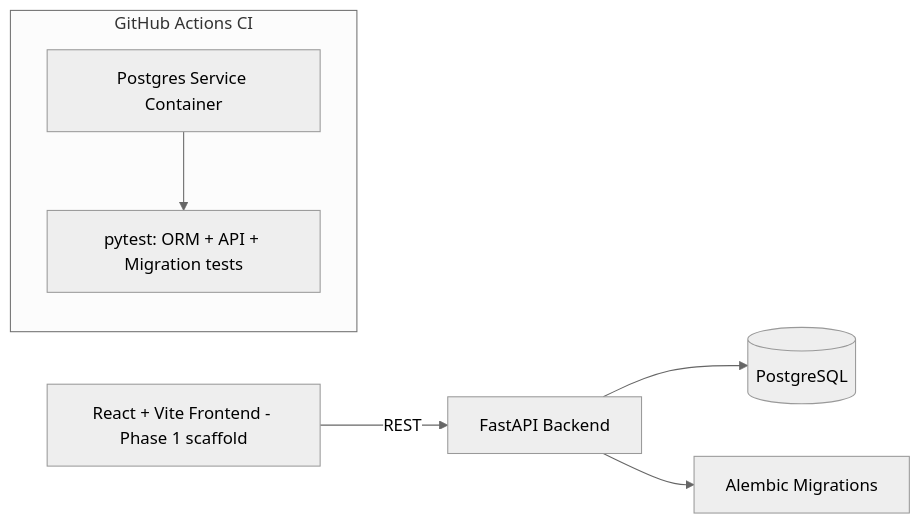
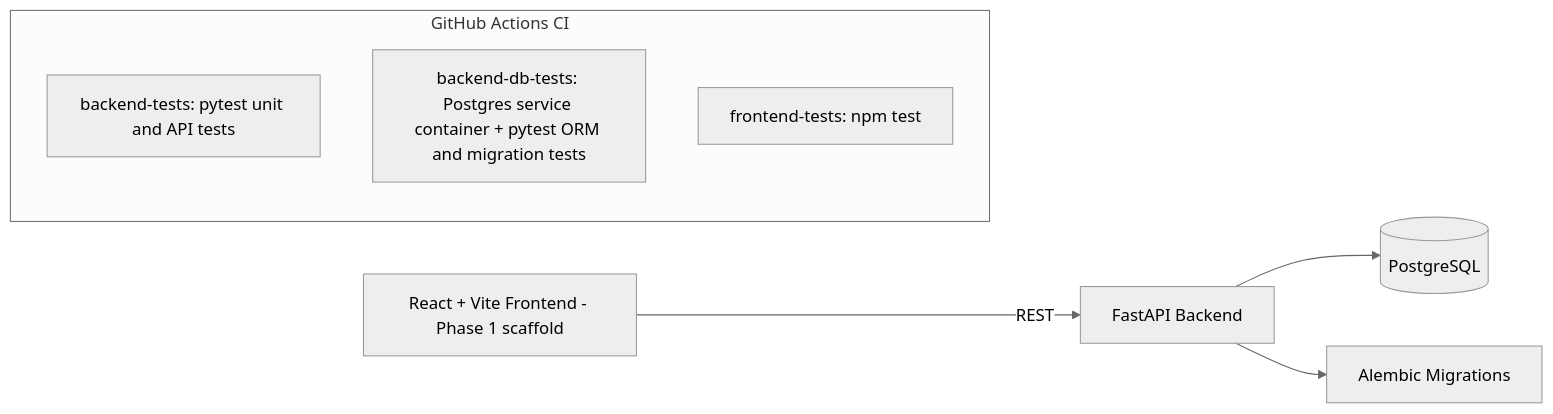
The diagram in README.md (kamjula/roboops-platform), drawn with Mermaid (neutral theme) before and after one commit.

Commit message:
docs: resolve portfolio documentation review findings
README.md: update the Mermaid GitHub Actions CI subgraph to show three distinct jobs (backend-tests, backend-db-tests, frontend-tests) instead of a single Postgres-to-pytest flow presented as the complete CI system.

````diff
--- a/README.md
+++ b/README.md
@@ -23,9 +23,11 @@
 ```mermaid
 flowchart LR
     A[React + Vite Frontend - Phase 1 scaffold] -->|REST| B[FastAPI Backend]
     B --> C[(PostgreSQL)]
     B --> D[Alembic Migrations]
     subgraph CI [GitHub Actions CI]
-        E[Postgres Service Container] --> F[pytest: ORM + API + Migration tests]
+        E1[backend-tests: pytest unit and API tests]
+        E2[backend-db-tests: Postgres service container + pytest ORM and migration tests]
+        E3[frontend-tests: npm test]
     end
 ```
````
